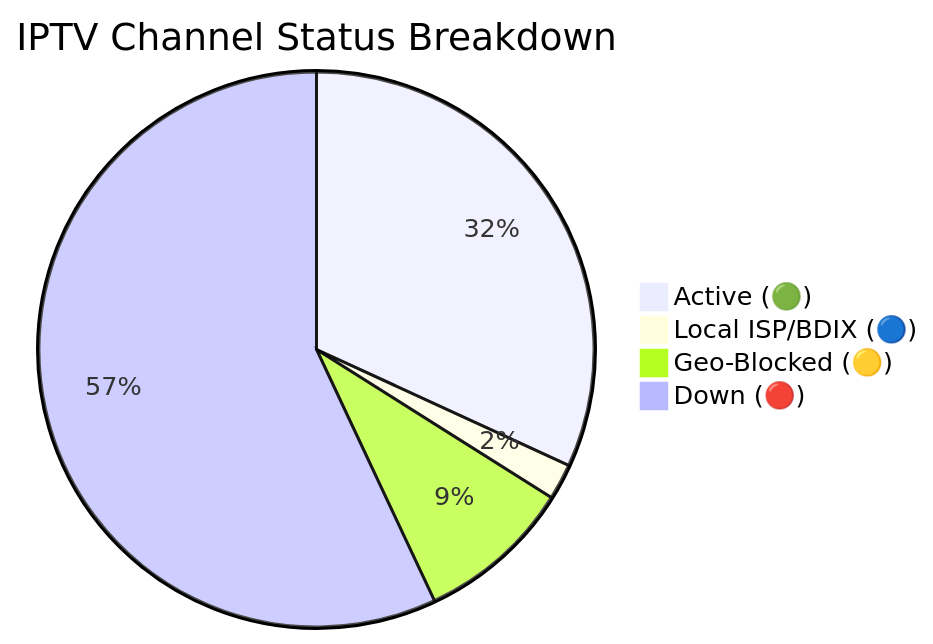
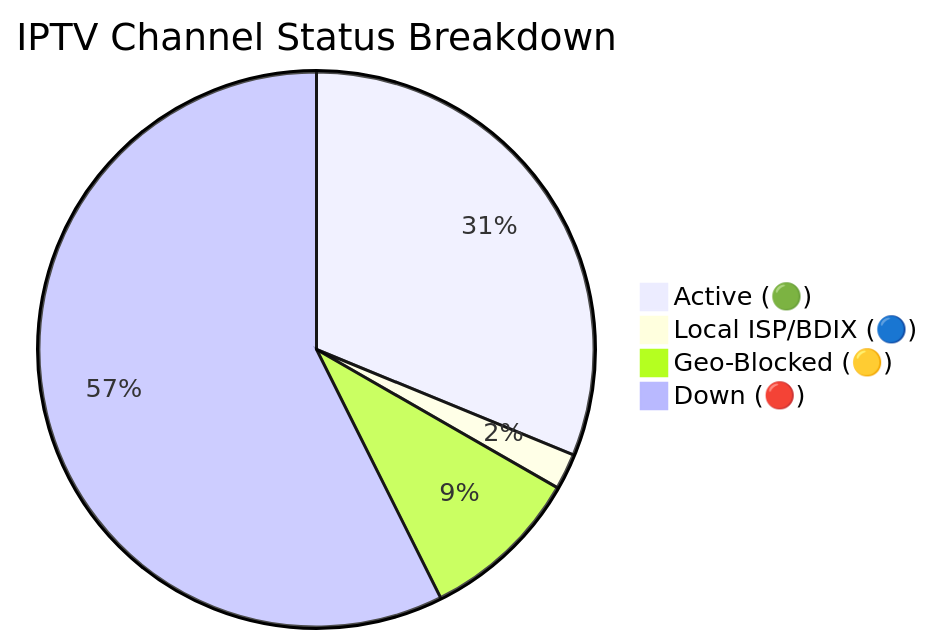
The diagram in README.md (andreataylord/Ip-tv-Collection), drawn with Mermaid before and after one commit. The commit also changed other lines of this file and 1 other file, not shown here.

Commit message:
docs(readme): auto-update daily channel status chart

````diff
--- a/README.md
+++ b/README.md
@@ -59,7 +59,7 @@
 ```mermaid
 pie title IPTV Channel Status Breakdown
-    "Active (🟢)" : 2353
+    "Active (🟢)" : 2304
     "Local ISP/BDIX (🔵)" : 155
-    "Geo-Blocked (🟡)" : 669
-    "Down (🔴)" : 4209
+    "Geo-Blocked (🟡)" : 689
+    "Down (🔴)" : 4238
 ```
````
